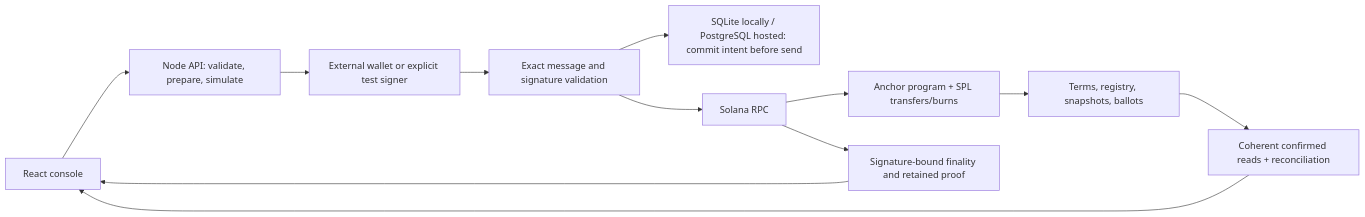
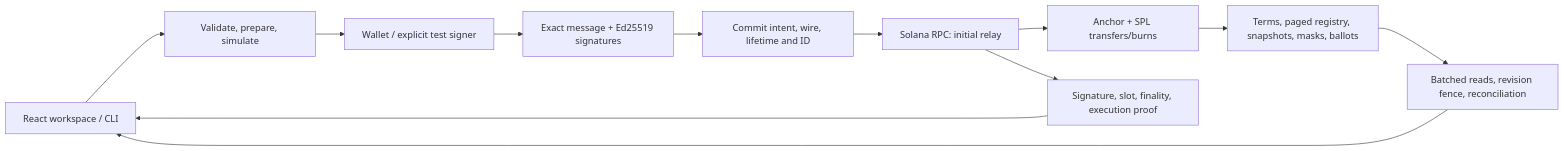
The diagram in README.md (dimik98330/solana-worldsfair-2026), drawn with Mermaid before and after one commit. The commit also changed other lines of this file and 78 other files, not shown here.

````diff
--- a/README.md
+++ b/README.md
@@ -83,14 +91,14 @@
 ```mermaid
 flowchart LR
-  UI[React console] --> API[Node API: validate, prepare, simulate]
-  API --> Wallet[External wallet or explicit test signer]
-  Wallet --> Relay[Exact message and signature validation]
-  Relay --> Journal[SQLite locally / PostgreSQL hosted: commit intent before send]
-  Relay --> RPC[Solana RPC]
-  RPC --> Program[Anchor program + SPL transfers/burns]
-  Program --> Accounts[Terms, registry, snapshots, ballots]
-  Accounts --> Read[Coherent confirmed reads + reconciliation]
+  UI[React workspace / CLI] --> API[Validate, prepare, simulate]
+  API --> Sign[Wallet / explicit test signer]
+  Sign --> Relay[Exact message + Ed25519 signatures]
+  Relay --> DB[Commit intent, wire, lifetime and ID]
+  DB --> RPC[Solana RPC: initial relay]
+  RPC --> Program[Anchor + SPL transfers/burns]
+  Program --> State[Terms, paged registry, snapshots, masks, ballots]
+  State --> Read[Batched reads, revision fence, reconciliation]
   Read --> UI
-  RPC --> Proof[Signature-bound finality and retained proof]
+  RPC --> Proof[Signature, slot, finality, execution proof]
   Proof --> UI
 ```
````
